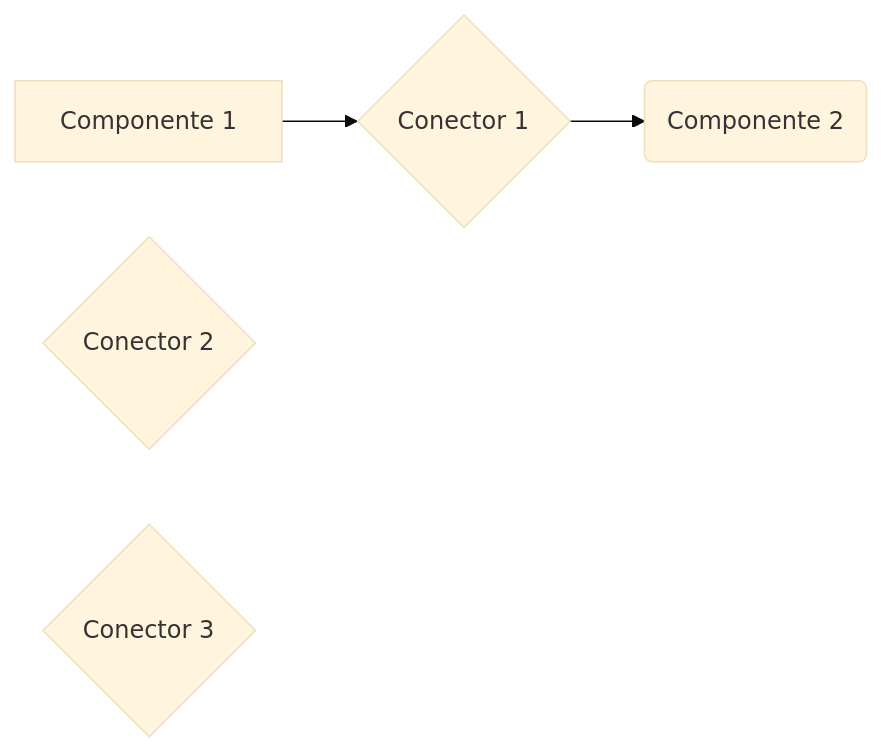
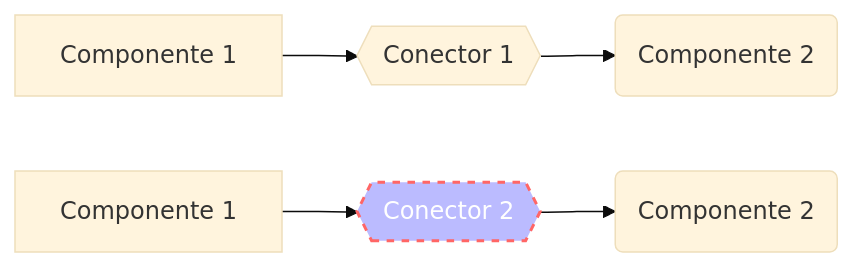
One commit to lasarojc/ds_notes changed the second of 4 diagrams in docs/arch/index.md. Above: the diagram before and after it, drawn with Mermaid (base theme). The commit also changed other lines of this file and 4 other files, not shown here.

````diff
--- a/docs/arch/index.md
+++ b/docs/arch/index.md
@@ -27,9 +24,8 @@
 ```mermaid
 graph LR
-    A[Componente 1] --> C{Conector 1} --> B(Componente 2)
+    A[Componente 1] --> C{{Conector 1}} --> B(Componente 2)
 
-    D{Conector 2}
+    D[Componente 1] --> E{{Conector 2}} --> F(Componente 2)
 
-    E{Conector 3}
-
+    style E fill:#bbf,stroke:#f66,stroke-width:2px,color:#fff,stroke-dasharray: 5 5
 ```
````
